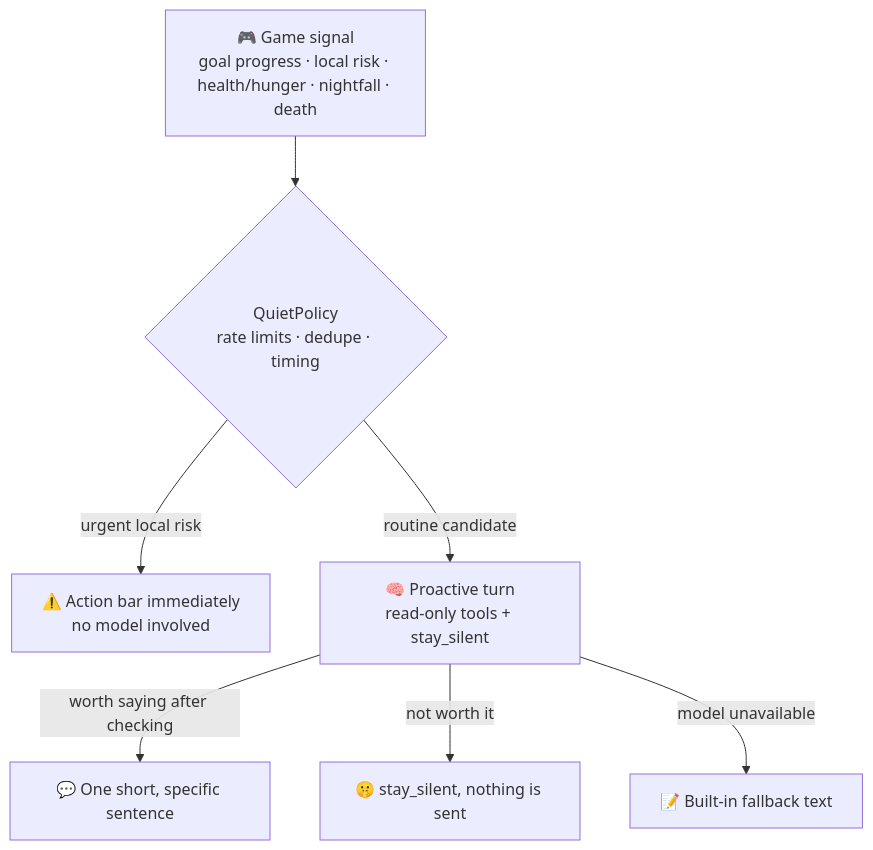
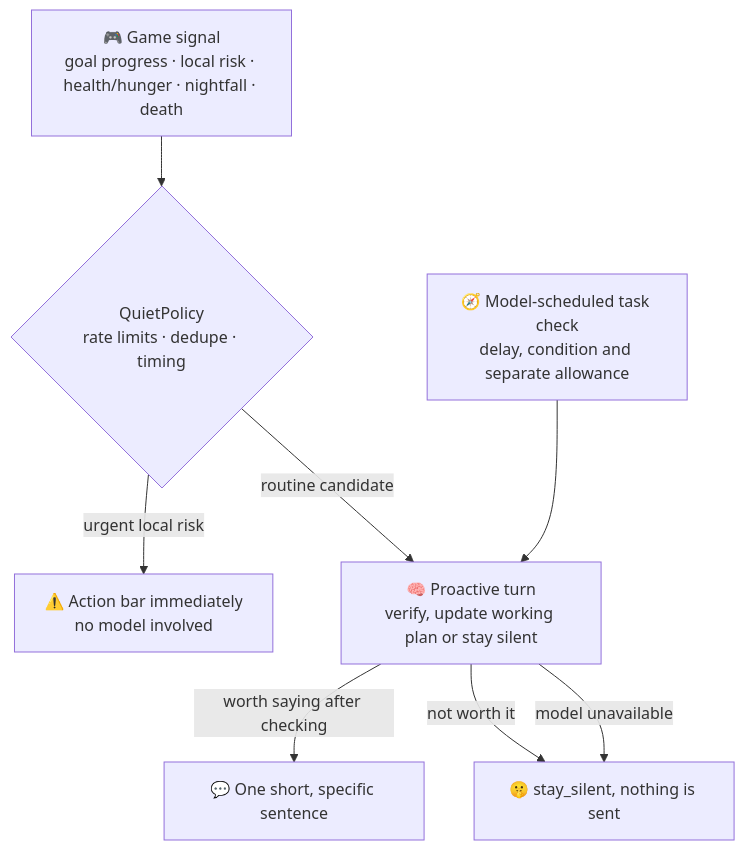
Before and after one commit to obsidianplusplus/PandaGPT: the diagram in docs/wiki/en/Proactive-Assistant.md, drawn with Mermaid. The commit also changed other lines of this file and 51 other files, not shown here.

````diff
--- a/docs/wiki/en/Proactive-Assistant.md
+++ b/docs/wiki/en/Proactive-Assistant.md
@@ -15,9 +15,10 @@
 ```mermaid
 flowchart TD
     G["🎮 Game signal<br/>goal progress · local risk · health/hunger · nightfall · death"] --> Q{"QuietPolicy<br/>rate limits · dedupe · timing"}
     Q -->|urgent local risk| AB["⚠️ Action bar immediately<br/>no model involved"]
-    Q -->|routine candidate| A["🧠 Proactive turn<br/>read-only tools + stay_silent"]
+    Q -->|routine candidate| A["🧠 Proactive turn<br/>verify, update working plan or stay silent"]
+    W["🧭 Model-scheduled task check<br/>delay, condition and separate allowance"] --> A
     A -->|worth saying after checking| S["💬 One short, specific sentence"]
     A -->|not worth it| N["🤫 stay_silent, nothing is sent"]
-    A -->|model unavailable| F["📝 Built-in fallback text"]
+    A -->|model unavailable| N
 ```
````
